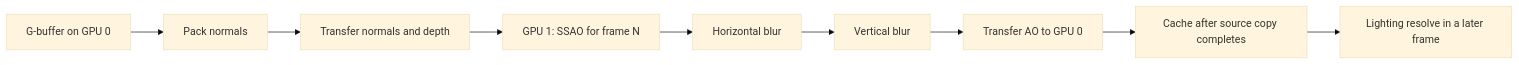
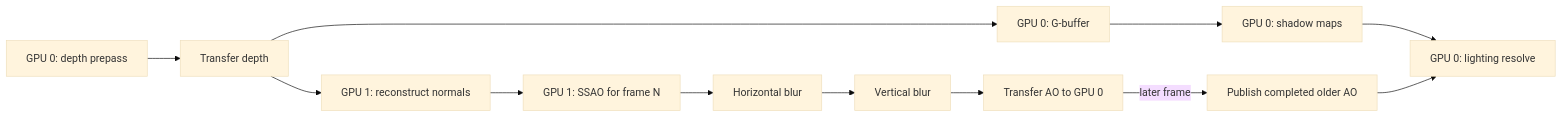
One commit to absolutez3ro/NauEnginePublic changed the diagram in doc/ambient_occlusion.md. Above: the diagram before and after it, drawn with Mermaid (base theme). The commit also changed other lines of this file and 17 other files, not shown here.

Commit message:
Start secondary SSAO from prepass depth and show frame cadence

````diff
--- a/doc/ambient_occlusion.md
+++ b/doc/ambient_occlusion.md
@@ -32,11 +36,14 @@
 ```mermaid
 flowchart LR
-    G[G-buffer on GPU 0] --> N[Pack normals]
-    N --> T[Transfer normals and depth]
-    T --> A[GPU 1: SSAO for frame N]
+    Z[GPU 0: depth prepass] --> T[Transfer depth]
+    T --> N[GPU 1: reconstruct normals]
+    N --> A[GPU 1: SSAO for frame N]
     A --> H[Horizontal blur]
     H --> V[Vertical blur]
     V --> O[Transfer AO to GPU 0]
-    O --> C[Cache after source copy completes]
-    C --> R[Lighting resolve in a later frame]
+    O -->|later frame| C[Publish completed older AO]
+    T --> G[GPU 0: G-buffer]
+    G --> S[GPU 0: shadow maps]
+    S --> R[GPU 0: lighting resolve]
+    C --> R
 ```
````
